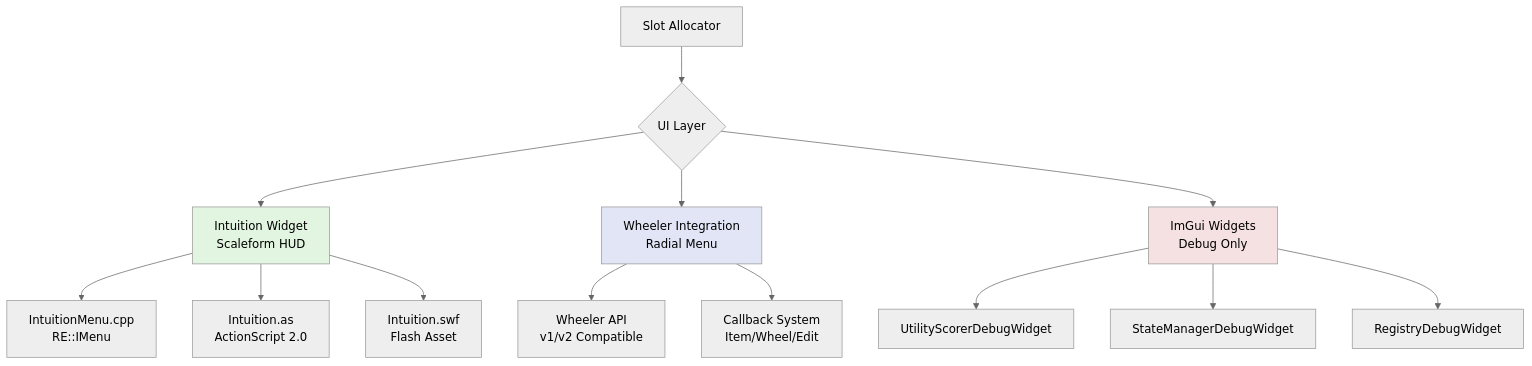
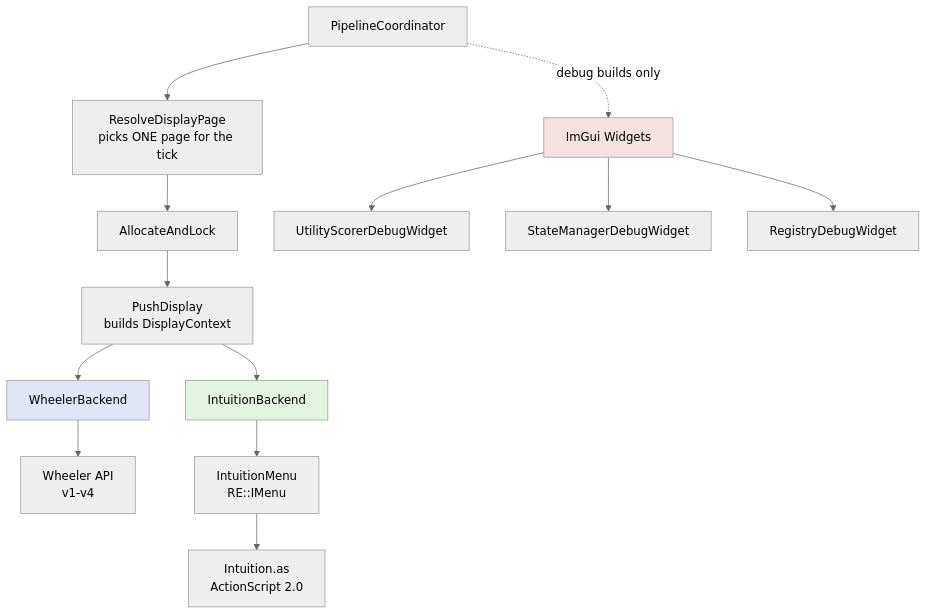
Before and after one commit to LandingCrew/huginn: the first of 10 diagrams in docs/architecture/6-ui-ux.md, drawn with Mermaid (neutral theme). The commit also changed other lines of this file and 27 other files, not shown here.

````diff
--- a/docs/architecture/6-ui-ux.md
+++ b/docs/architecture/6-ui-ux.md
@@ -15,23 +43,22 @@
 ```mermaid
 graph TB
-    Pipeline[Slot Allocator] --> UI{UI Layer}
+    Pipeline[PipelineCoordinator] --> Resolve[ResolveDisplayPage<br/>picks ONE page for the tick]
+    Resolve --> Alloc[AllocateAndLock]
+    Alloc --> Push[PushDisplay<br/>builds DisplayContext]
 
-    UI --> Intuition[Intuition Widget<br/>Scaleform HUD]
-    UI --> Wheeler[Wheeler Integration<br/>Radial Menu]
-    UI --> ImGui[ImGui Widgets<br/>Debug Only]
+    Push --> WB[WheelerBackend]
+    Push --> IB[IntuitionBackend]
 
-    Intuition --> IntuitionMenu[IntuitionMenu.cpp<br/>RE::IMenu]
-    Intuition --> IntuitionAS[Intuition.as<br/>ActionScript 2.0]
-    Intuition --> IntuitionSWF[Intuition.swf<br/>Flash Asset]
+    WB --> WheelerAPI[Wheeler API<br/>v1-v4]
+    IB --> Menu[IntuitionMenu<br/>RE::IMenu]
+    Menu --> AS[Intuition.as<br/>ActionScript 2.0]
 
-    Wheeler --> WheelerAPI[Wheeler API<br/>v1/v2 Compatible]
-    Wheeler --> WheelerCB[Callback System<br/>Item/Wheel/Edit]
-
+    Pipeline -.debug builds only.-> ImGui[ImGui Widgets]
     ImGui --> USDebug[UtilityScorerDebugWidget]
     ImGui --> SMDebug[StateManagerDebugWidget]
     ImGui --> RDebug[RegistryDebugWidget]
 
-    style Intuition fill:#e1f5e1
-    style Wheeler fill:#e1e5f5
+    style IB fill:#e1f5e1
+    style WB fill:#e1e5f5
     style ImGui fill:#f5e1e1
 ```
````
